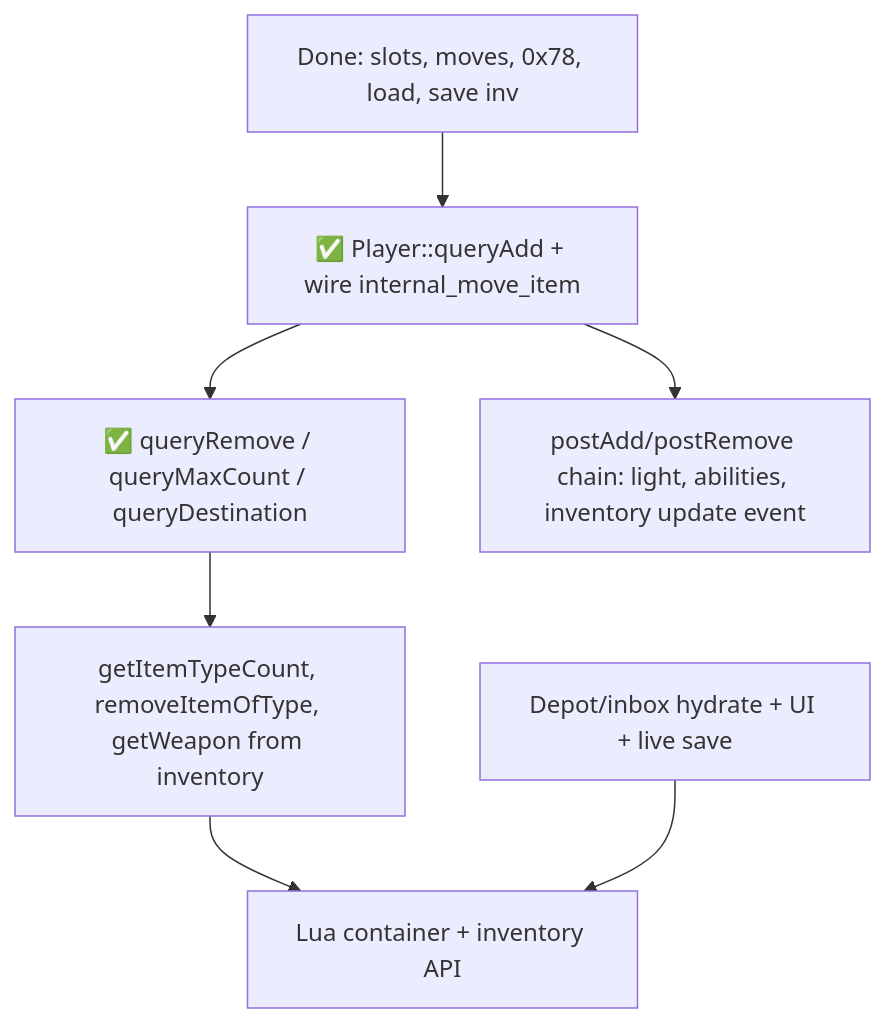
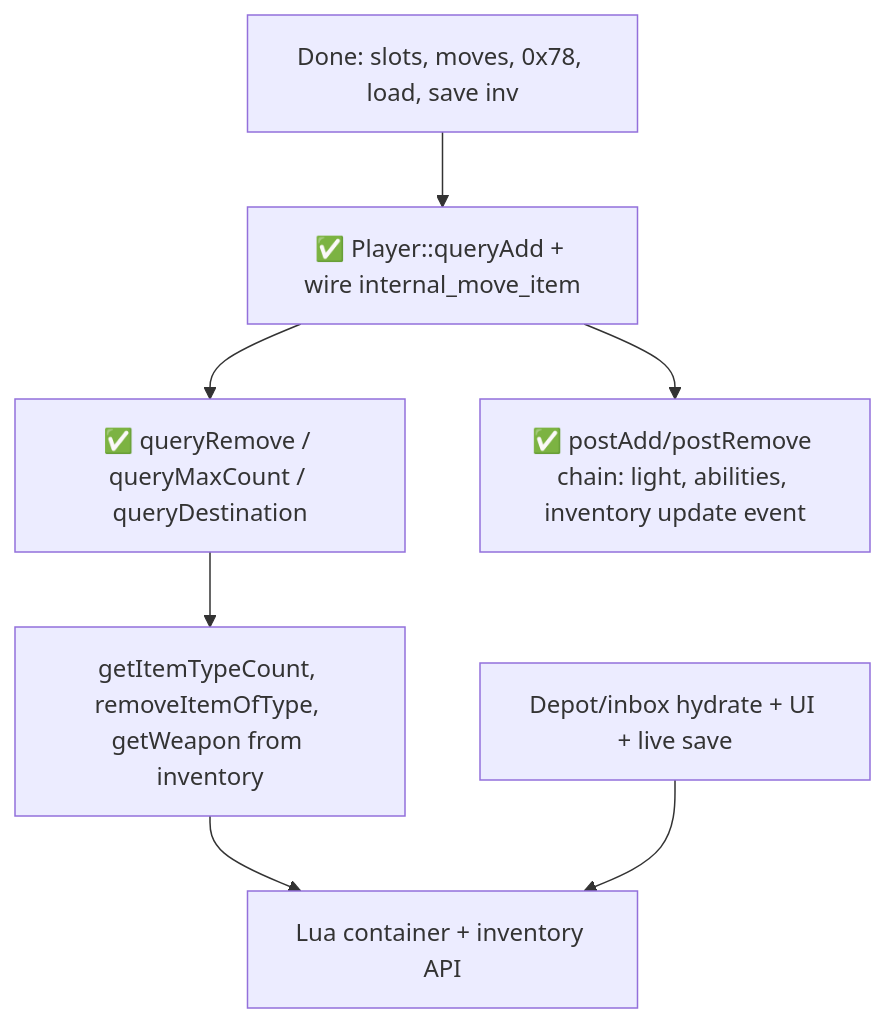
Before and after one commit to Tezoze/TFS-RUST: the diagram in docs/INVENTORY_STATUS.md, drawn with Mermaid. The commit also changed other lines of this file and 24 other files, not shown here.

First line of the commit message:
Implement inventory P2 postAdd/postRemove side effects.

````diff
--- a/docs/INVENTORY_STATUS.md
+++ b/docs/INVENTORY_STATUS.md
@@ -237,16 +239,16 @@
 ```mermaid
 flowchart TD
     done[Done: slots, moves, 0x78, load, save inv]
     p0[✅ Player::queryAdd + wire internal_move_item]
     p1[✅ queryRemove / queryMaxCount / queryDestination]
-    p2[postAdd/postRemove chain: light, abilities, inventory update event]
+    p2[✅ postAdd/postRemove chain: light, abilities, inventory update event]
     p3[getItemTypeCount, removeItemOfType, getWeapon from inventory]
     p4[Depot/inbox hydrate + UI + live save]
     p5[Lua container + inventory API]
     done --> p0
     p0 --> p1
     p0 --> p2
     p1 --> p3
     p3 --> p5
     p4 --> p5
 ```
````
